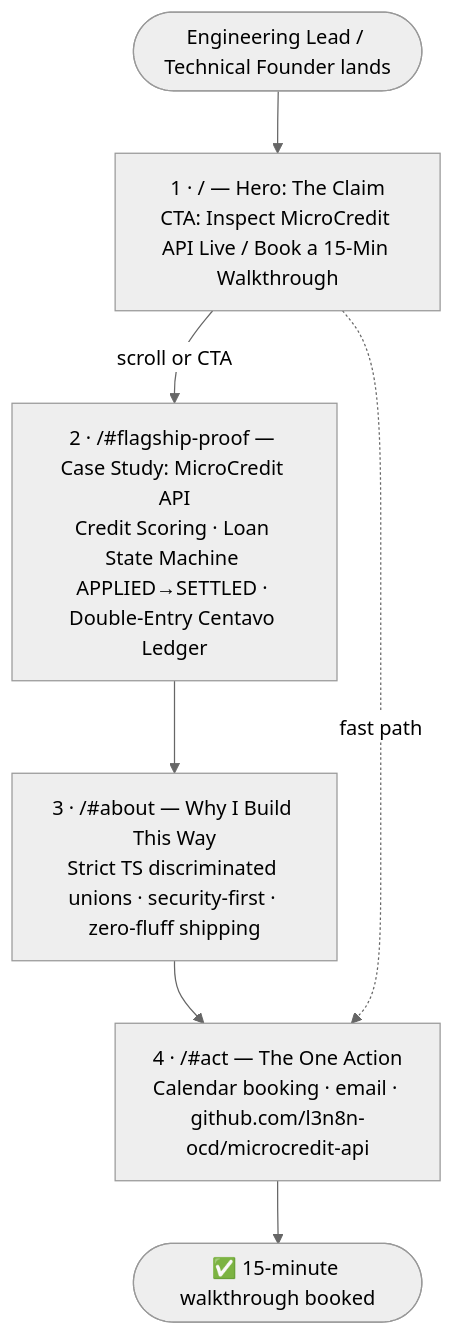
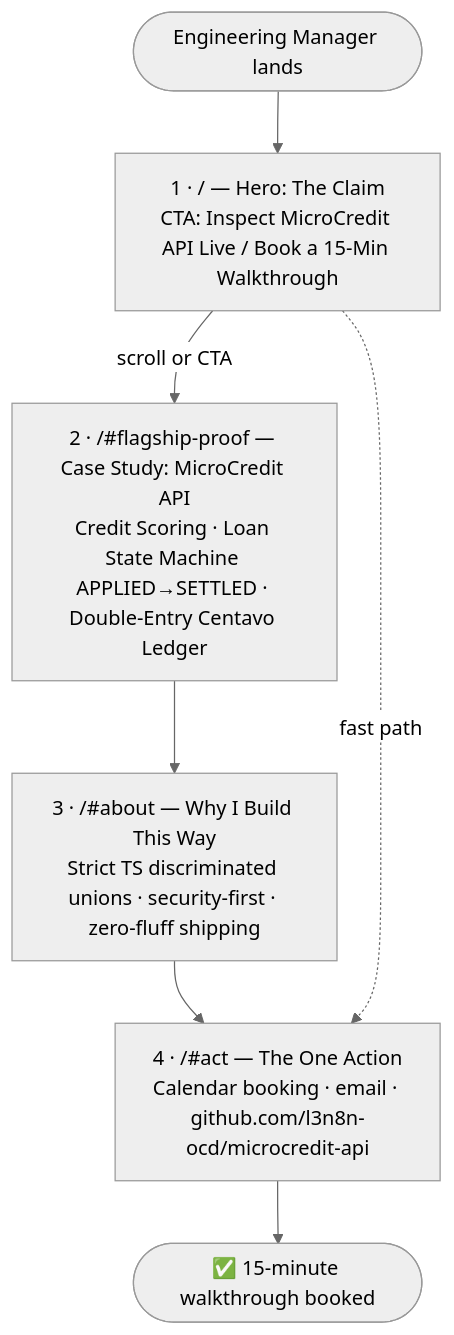
One commit to l3n8n-ocd/microcredit-api changed the first of 2 diagrams in docs/PORTFOLIO_PATH.md. Above: the diagram before and after it, drawn with Mermaid (neutral theme). The commit also changed other lines of this file and 2 other files, not shown here.

````diff
--- a/docs/PORTFOLIO_PATH.md
+++ b/docs/PORTFOLIO_PATH.md
@@ -82,11 +85,11 @@
 ```mermaid
 flowchart TD
-    L([Engineering Lead / Technical Founder lands]) --> H
+    L([Engineering Manager lands]) --> H
     H["1 · / — Hero: The Claim<br/>CTA: Inspect MicroCredit API Live / Book a 15-Min Walkthrough"]
     H -->|scroll or CTA| F
     F["2 · /#flagship-proof — Case Study: MicroCredit API<br/>Credit Scoring · Loan State Machine APPLIED→SETTLED · Double-Entry Centavo Ledger"]
     F --> A["3 · /#about — Why I Build This Way<br/>Strict TS discriminated unions · security-first · zero-fluff shipping"]
     A --> X["4 · /#act — The One Action<br/>Calendar booking · email · github.com/l3n8n-ocd/microcredit-api"]
     H -.->|fast path| X
     X --> D([✅ 15-minute walkthrough booked])
 ```
````
